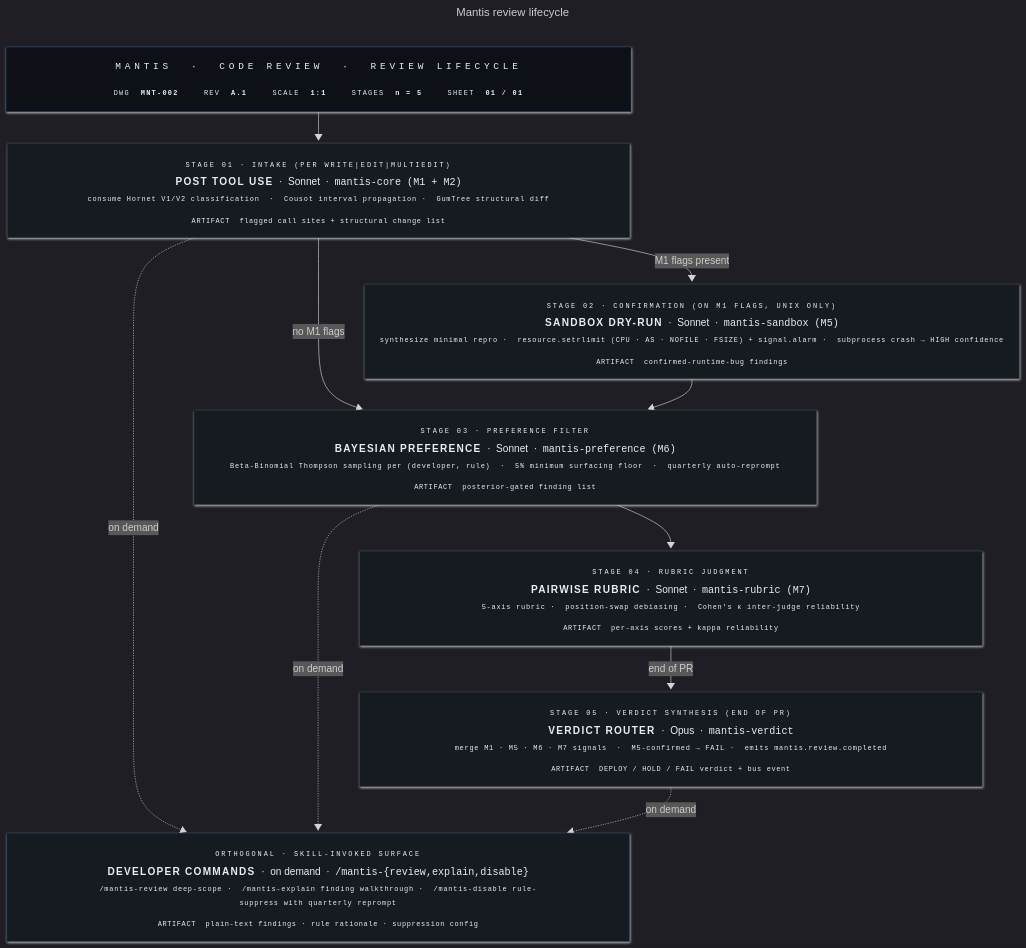
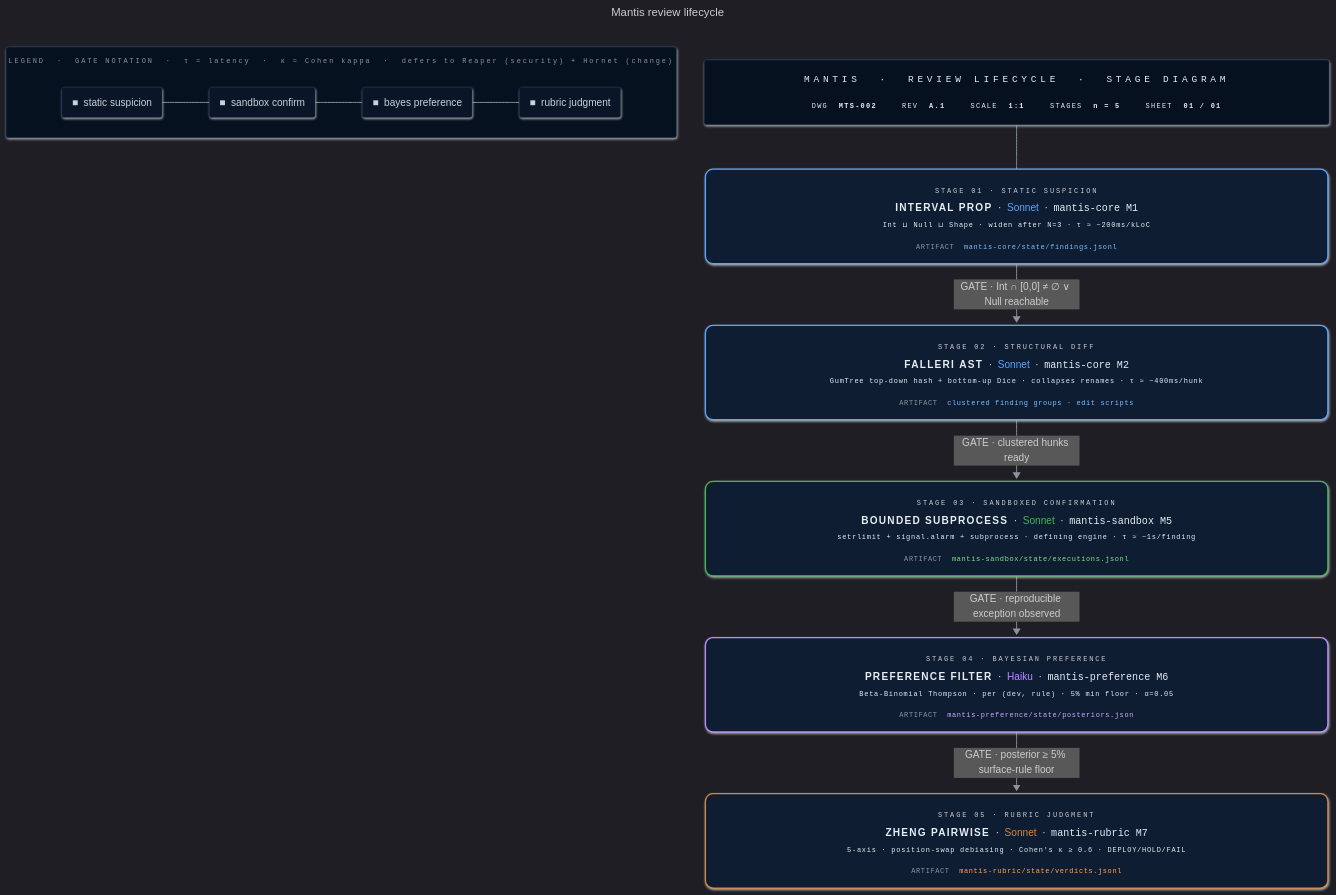
Before and after one commit to enchanted-plugins/lich: the diagram in docs/assets/lifecycle.mmd, drawn with Mermaid. The commit also changed 3 other files, not shown here.

```diff
--- a/docs/assets/lifecycle.mmd
+++ b/docs/assets/lifecycle.mmd
@@ -14,34 +14,41 @@
       bottom: 18
 ---
 flowchart TB
-    TitleBlock["<div style='font-family:ui-monospace,SFMono-Regular,Consolas,monospace;text-align:center;min-width:940px;padding:6px 10px;line-height:1.8'><div style='color:#58a6ff;font-size:15px;letter-spacing:6px;border-bottom:1px solid #1e3a5f;padding-bottom:10px;margin-bottom:10px'>MANTIS &nbsp;·&nbsp; CODE&nbsp;REVIEW &nbsp;·&nbsp; REVIEW&nbsp;LIFECYCLE</div><div style='display:flex;gap:40px;justify-content:center;font-size:11px;color:#8b949e;letter-spacing:2px'><span>DWG&nbsp;&nbsp;<b style='color:#e6edf3'>MNT-002</b></span><span>REV&nbsp;&nbsp;<b style='color:#e6edf3'>A.1</b></span><span>SCALE&nbsp;&nbsp;<b style='color:#e6edf3'>1:1</b></span><span>STAGES&nbsp;&nbsp;<b style='color:#e6edf3'>n&nbsp;=&nbsp;5</b></span><span>SHEET&nbsp;&nbsp;<b style='color:#e6edf3'>01&nbsp;/&nbsp;01</b></span></div></div>"]
+    TitleBlock["<div style='font-family:ui-monospace,SFMono-Regular,Consolas,monospace;text-align:center;min-width:940px;padding:6px 10px;line-height:1.8'><div style='color:#58a6ff;font-size:15px;letter-spacing:6px;border-bottom:1px solid #1e3a5f;padding-bottom:10px;margin-bottom:10px'>MANTIS &nbsp;·&nbsp; REVIEW&nbsp;LIFECYCLE &nbsp;·&nbsp; STAGE&nbsp;DIAGRAM</div><div style='display:flex;gap:40px;justify-content:center;font-size:11px;color:#8b949e;letter-spacing:2px'><span>DWG&nbsp;&nbsp;<b style='color:#e6edf3'>MTS-002</b></span><span>REV&nbsp;&nbsp;<b style='color:#e6edf3'>A.1</b></span><span>SCALE&nbsp;&nbsp;<b style='color:#e6edf3'>1:1</b></span><span>STAGES&nbsp;&nbsp;<b style='color:#e6edf3'>n&nbsp;=&nbsp;5</b></span><span>SHEET&nbsp;&nbsp;<b style='color:#e6edf3'>01&nbsp;/&nbsp;01</b></span></div></div>"]
 
-    A["<div style='text-align:center;min-width:940px;line-height:2;padding:4px 8px'><div><span style='font-family:ui-monospace,monospace;color:#8b949e;font-size:11px;letter-spacing:3px'>STAGE&nbsp;01&nbsp;·&nbsp;INTAKE&nbsp;(PER&nbsp;WRITE|EDIT|MULTIEDIT)</span></div><div style='line-height:1.8'><b style='letter-spacing:2px'>POST&nbsp;TOOL&nbsp;USE</b>&nbsp;&nbsp;·&nbsp;&nbsp;<span style='color:#58a6ff'>Sonnet</span>&nbsp;&nbsp;·&nbsp;&nbsp;<code style='color:#e6edf3'>mantis-core&nbsp;(M1&nbsp;+&nbsp;M2)</code></div><div style='color:#6e7681;font-size:11px;font-family:ui-monospace,monospace;letter-spacing:1.2px'>consume&nbsp;Hornet&nbsp;V1/V2&nbsp;classification&nbsp;&nbsp;·&nbsp;&nbsp;Cousot&nbsp;interval&nbsp;propagation&nbsp;·&nbsp;&nbsp;GumTree&nbsp;structural&nbsp;diff</div><div style='border-top:1px solid #1e3a5f;margin-top:6px;padding-top:6px;font-family:ui-monospace,monospace;font-size:11px;letter-spacing:1px'><span style='color:#8b949e'>ARTIFACT</span>&nbsp;&nbsp;<span style='color:#d2a8ff'>flagged&nbsp;call&nbsp;sites&nbsp;+&nbsp;structural&nbsp;change&nbsp;list</span></div></div>"]
+    A["<div style='text-align:center;min-width:940px;line-height:2;padding:4px 8px'><div><span style='font-family:ui-monospace,monospace;color:#8b949e;font-size:11px;letter-spacing:3px'>STAGE&nbsp;01&nbsp;·&nbsp;STATIC&nbsp;SUSPICION</span></div><div style='line-height:1.8'><b style='letter-spacing:2px'>INTERVAL&nbsp;PROP</b>&nbsp;&nbsp;·&nbsp;&nbsp;<span style='color:#58a6ff'>Sonnet</span>&nbsp;&nbsp;·&nbsp;&nbsp;<code style='color:#e6edf3'>mantis-core&nbsp;M1</code></div><div style='color:#6e7681;font-size:11px;font-family:ui-monospace,monospace;letter-spacing:1.2px'>Int&nbsp;⊔&nbsp;Null&nbsp;⊔&nbsp;Shape&nbsp;·&nbsp;widen&nbsp;after&nbsp;N=3&nbsp;·&nbsp;τ&nbsp;≈&nbsp;~200ms/kLoC</div><div style='border-top:1px solid #1e3a5f;margin-top:6px;padding-top:6px;font-family:ui-monospace,monospace;font-size:11px;letter-spacing:1px'><span style='color:#8b949e'>ARTIFACT</span>&nbsp;&nbsp;<span style='color:#79c0ff'>mantis-core/state/findings.jsonl</span></div></div>"]
 
-    B["<div style='text-align:center;min-width:940px;line-height:2;padding:4px 8px'><div><span style='font-family:ui-monospace,monospace;color:#8b949e;font-size:11px;letter-spacing:3px'>STAGE&nbsp;02&nbsp;·&nbsp;CONFIRMATION&nbsp;(ON&nbsp;M1&nbsp;FLAGS,&nbsp;UNIX&nbsp;ONLY)</span></div><div style='line-height:1.8'><b style='letter-spacing:2px'>SANDBOX&nbsp;DRY-RUN</b>&nbsp;&nbsp;·&nbsp;&nbsp;<span style='color:#d75952'>Sonnet</span>&nbsp;&nbsp;·&nbsp;&nbsp;<code style='color:#e6edf3'>mantis-sandbox&nbsp;(M5)</code></div><div style='color:#6e7681;font-size:11px;font-family:ui-monospace,monospace;letter-spacing:1.2px'>synthesize&nbsp;minimal&nbsp;repro&nbsp;·&nbsp;&nbsp;resource.setrlimit&nbsp;(CPU&nbsp;·&nbsp;AS&nbsp;·&nbsp;NOFILE&nbsp;·&nbsp;FSIZE)&nbsp;+&nbsp;signal.alarm&nbsp;·&nbsp;&nbsp;subprocess&nbsp;crash&nbsp;→&nbsp;HIGH&nbsp;confidence</div><div style='border-top:1px solid #1e3a5f;margin-top:6px;padding-top:6px;font-family:ui-monospace,monospace;font-size:11px;letter-spacing:1px'><span style='color:#8b949e'>ARTIFACT</span>&nbsp;&nbsp;<span style='color:#ff7b72'>confirmed-runtime-bug&nbsp;findings</span></div></div>"]
+    B["<div style='text-align:center;min-width:940px;line-height:2;padding:4px 8px'><div><span style='font-family:ui-monospace,monospace;color:#8b949e;font-size:11px;letter-spacing:3px'>STAGE&nbsp;02&nbsp;·&nbsp;STRUCTURAL&nbsp;DIFF</span></div><div style='line-height:1.8'><b style='letter-spacing:2px'>FALLERI&nbsp;AST</b>&nbsp;&nbsp;·&nbsp;&nbsp;<span style='color:#58a6ff'>Sonnet</span>&nbsp;&nbsp;·&nbsp;&nbsp;<code style='color:#e6edf3'>mantis-core&nbsp;M2</code></div><div style='color:#6e7681;font-size:11px;font-family:ui-monospace,monospace;letter-spacing:1.2px'>GumTree&nbsp;top-down&nbsp;hash&nbsp;+&nbsp;bottom-up&nbsp;Dice&nbsp;·&nbsp;collapses&nbsp;renames&nbsp;·&nbsp;τ&nbsp;≈&nbsp;~400ms/hunk</div><div style='border-top:1px solid #1e3a5f;margin-top:6px;padding-top:6px;font-family:ui-monospace,monospace;font-size:11px;letter-spacing:1px'><span style='color:#8b949e'>ARTIFACT</span>&nbsp;&nbsp;<span style='color:#79c0ff'>clustered&nbsp;finding&nbsp;groups&nbsp;·&nbsp;edit&nbsp;scripts</span></div></div>"]
 
-    C["<div style='text-align:center;min-width:940px;line-height:2;padding:4px 8px'><div><span style='font-family:ui-monospace,monospace;color:#8b949e;font-size:11px;letter-spacing:3px'>STAGE&nbsp;03&nbsp;·&nbsp;PREFERENCE&nbsp;FILTER</span></div><div style='line-height:1.8'><b style='letter-spacing:2px'>BAYESIAN&nbsp;PREFERENCE</b>&nbsp;&nbsp;·&nbsp;&nbsp;<span style='color:#bc8cff'>Sonnet</span>&nbsp;&nbsp;·&nbsp;&nbsp;<code style='color:#e6edf3'>mantis-preference&nbsp;(M6)</code></div><div style='color:#6e7681;font-size:11px;font-family:ui-monospace,monospace;letter-spacing:1.2px'>Beta-Binomial&nbsp;Thompson&nbsp;sampling&nbsp;per&nbsp;(developer,&nbsp;rule)&nbsp;&nbsp;·&nbsp;&nbsp;5%&nbsp;minimum&nbsp;surfacing&nbsp;floor&nbsp;&nbsp;·&nbsp;&nbsp;quarterly&nbsp;auto-reprompt</div><div style='border-top:1px solid #1e3a5f;margin-top:6px;padding-top:6px;font-family:ui-monospace,monospace;font-size:11px;letter-spacing:1px'><span style='color:#8b949e'>ARTIFACT</span>&nbsp;&nbsp;<span style='color:#79c0ff'>posterior-gated&nbsp;finding&nbsp;list</span></div></div>"]
+    C["<div style='text-align:center;min-width:940px;line-height:2;padding:4px 8px'><div><span style='font-family:ui-monospace,monospace;color:#8b949e;font-size:11px;letter-spacing:3px'>STAGE&nbsp;03&nbsp;·&nbsp;SANDBOXED&nbsp;CONFIRMATION</span></div><div style='line-height:1.8'><b style='letter-spacing:2px'>BOUNDED&nbsp;SUBPROCESS</b>&nbsp;&nbsp;·&nbsp;&nbsp;<span style='color:#3fb950'>Sonnet</span>&nbsp;&nbsp;·&nbsp;&nbsp;<code style='color:#e6edf3'>mantis-sandbox&nbsp;M5</code></div><div style='color:#6e7681;font-size:11px;font-family:ui-monospace,monospace;letter-spacing:1.2px'>setrlimit&nbsp;+&nbsp;signal.alarm&nbsp;+&nbsp;subprocess&nbsp;·&nbsp;defining&nbsp;engine&nbsp;·&nbsp;τ&nbsp;≈&nbsp;~1s/finding</div><div style='border-top:1px solid #1e3a5f;margin-top:6px;padding-top:6px;font-family:ui-monospace,monospace;font-size:11px;letter-spacing:1px'><span style='color:#8b949e'>ARTIFACT</span>&nbsp;&nbsp;<span style='color:#7ee787'>mantis-sandbox/state/executions.jsonl</span></div></div>"]
 
-    D["<div style='text-align:center;min-width:940px;line-height:2;padding:4px 8px'><div><span style='font-family:ui-monospace,monospace;color:#8b949e;font-size:11px;letter-spacing:3px'>STAGE&nbsp;04&nbsp;·&nbsp;RUBRIC&nbsp;JUDGMENT</span></div><div style='line-height:1.8'><b style='letter-spacing:2px'>PAIRWISE&nbsp;RUBRIC</b>&nbsp;&nbsp;·&nbsp;&nbsp;<span style='color:#3fb950'>Sonnet</span>&nbsp;&nbsp;·&nbsp;&nbsp;<code style='color:#e6edf3'>mantis-rubric&nbsp;(M7)</code></div><div style='color:#6e7681;font-size:11px;font-family:ui-monospace,monospace;letter-spacing:1.2px'>5-axis&nbsp;rubric&nbsp;·&nbsp;&nbsp;position-swap&nbsp;debiasing&nbsp;·&nbsp;&nbsp;Cohen's&nbsp;κ&nbsp;inter-judge&nbsp;reliability</div><div style='border-top:1px solid #1e3a5f;margin-top:6px;padding-top:6px;font-family:ui-monospace,monospace;font-size:11px;letter-spacing:1px'><span style='color:#8b949e'>ARTIFACT</span>&nbsp;&nbsp;<span style='color:#7ee787'>per-axis&nbsp;scores&nbsp;+&nbsp;kappa&nbsp;reliability</span></div></div>"]
+    D["<div style='text-align:center;min-width:940px;line-height:2;padding:4px 8px'><div><span style='font-family:ui-monospace,monospace;color:#8b949e;font-size:11px;letter-spacing:3px'>STAGE&nbsp;04&nbsp;·&nbsp;BAYESIAN&nbsp;PREFERENCE</span></div><div style='line-height:1.8'><b style='letter-spacing:2px'>PREFERENCE&nbsp;FILTER</b>&nbsp;&nbsp;·&nbsp;&nbsp;<span style='color:#bc8cff'>Haiku</span>&nbsp;&nbsp;·&nbsp;&nbsp;<code style='color:#e6edf3'>mantis-preference&nbsp;M6</code></div><div style='color:#6e7681;font-size:11px;font-family:ui-monospace,monospace;letter-spacing:1.2px'>Beta-Binomial&nbsp;Thompson&nbsp;·&nbsp;per&nbsp;(dev,&nbsp;rule)&nbsp;·&nbsp;5%&nbsp;min&nbsp;floor&nbsp;·&nbsp;α=0.05</div><div style='border-top:1px solid #1e3a5f;margin-top:6px;padding-top:6px;font-family:ui-monospace,monospace;font-size:11px;letter-spacing:1px'><span style='color:#8b949e'>ARTIFACT</span>&nbsp;&nbsp;<span style='color:#d2a8ff'>mantis-preference/state/posteriors.json</span></div></div>"]
 
-    E["<div style='text-align:center;min-width:940px;line-height:2;padding:4px 8px'><div><span style='font-family:ui-monospace,monospace;color:#8b949e;font-size:11px;letter-spacing:3px'>STAGE&nbsp;05&nbsp;·&nbsp;VERDICT&nbsp;SYNTHESIS&nbsp;(END&nbsp;OF&nbsp;PR)</span></div><div style='line-height:1.8'><b style='letter-spacing:2px'>VERDICT&nbsp;ROUTER</b>&nbsp;&nbsp;·&nbsp;&nbsp;<span style='color:#d29922'>Opus</span>&nbsp;&nbsp;·&nbsp;&nbsp;<code style='color:#e6edf3'>mantis-verdict</code></div><div style='color:#6e7681;font-size:11px;font-family:ui-monospace,monospace;letter-spacing:1.2px'>merge&nbsp;M1&nbsp;·&nbsp;M5&nbsp;·&nbsp;M6&nbsp;·&nbsp;M7&nbsp;signals&nbsp;&nbsp;·&nbsp;&nbsp;M5-confirmed&nbsp;→&nbsp;FAIL&nbsp;·&nbsp;&nbsp;emits&nbsp;mantis.review.completed</div><div style='border-top:1px solid #1e3a5f;margin-top:6px;padding-top:6px;font-family:ui-monospace,monospace;font-size:11px;letter-spacing:1px'><span style='color:#8b949e'>ARTIFACT</span>&nbsp;&nbsp;<span style='color:#ffa657'>DEPLOY&nbsp;/&nbsp;HOLD&nbsp;/&nbsp;FAIL&nbsp;verdict&nbsp;+&nbsp;bus&nbsp;event</span></div></div>"]
+    E["<div style='text-align:center;min-width:940px;line-height:2;padding:4px 8px'><div><span style='font-family:ui-monospace,monospace;color:#8b949e;font-size:11px;letter-spacing:3px'>STAGE&nbsp;05&nbsp;·&nbsp;RUBRIC&nbsp;JUDGMENT</span></div><div style='line-height:1.8'><b style='letter-spacing:2px'>ZHENG&nbsp;PAIRWISE</b>&nbsp;&nbsp;·&nbsp;&nbsp;<span style='color:#d8853b'>Sonnet</span>&nbsp;&nbsp;·&nbsp;&nbsp;<code style='color:#e6edf3'>mantis-rubric&nbsp;M7</code></div><div style='color:#6e7681;font-size:11px;font-family:ui-monospace,monospace;letter-spacing:1.2px'>5-axis&nbsp;·&nbsp;position-swap&nbsp;debiasing&nbsp;·&nbsp;Cohen's&nbsp;κ&nbsp;≥&nbsp;0.6&nbsp;·&nbsp;DEPLOY/HOLD/FAIL</div><div style='border-top:1px solid #1e3a5f;margin-top:6px;padding-top:6px;font-family:ui-monospace,monospace;font-size:11px;letter-spacing:1px'><span style='color:#8b949e'>ARTIFACT</span>&nbsp;&nbsp;<span style='color:#ffa657'>mantis-rubric/state/verdicts.jsonl</span></div></div>"]
 
-    Query["<div style='text-align:center;min-width:940px;line-height:2;padding:4px 8px'><div><span style='font-family:ui-monospace,monospace;color:#8b949e;font-size:11px;letter-spacing:3px'>ORTHOGONAL&nbsp;·&nbsp;SKILL-INVOKED&nbsp;SURFACE</span></div><div style='line-height:1.8'><b style='letter-spacing:2px'>DEVELOPER&nbsp;COMMANDS</b>&nbsp;&nbsp;·&nbsp;&nbsp;<span style='color:#d75952'>on&nbsp;demand</span>&nbsp;&nbsp;·&nbsp;&nbsp;<code style='color:#e6edf3'>/mantis-{review,explain,disable}</code></div><div style='color:#6e7681;font-size:11px;font-family:ui-monospace,monospace;letter-spacing:1.2px'>/mantis-review&nbsp;deep-scope&nbsp;·&nbsp;&nbsp;/mantis-explain&nbsp;finding&nbsp;walkthrough&nbsp;·&nbsp;&nbsp;/mantis-disable&nbsp;rule-suppress&nbsp;with&nbsp;quarterly&nbsp;reprompt</div><div style='border-top:1px solid #1e3a5f;margin-top:6px;padding-top:6px;font-family:ui-monospace,monospace;font-size:11px;letter-spacing:1px'><span style='color:#8b949e'>ARTIFACT</span>&nbsp;&nbsp;<span style='color:#ff7b72'>plain-text&nbsp;findings&nbsp;·&nbsp;rule&nbsp;rationale&nbsp;·&nbsp;suppression&nbsp;config</span></div></div>"]
+    subgraph Legend["<div style='font-family:ui-monospace,monospace;color:#8b949e;font-size:11px;letter-spacing:3px;min-width:940px;text-align:center'>LEGEND&nbsp;&nbsp;·&nbsp;&nbsp;GATE&nbsp;NOTATION&nbsp;&nbsp;·&nbsp;&nbsp;τ&nbsp;=&nbsp;latency&nbsp;&nbsp;·&nbsp;&nbsp;κ&nbsp;=&nbsp;Cohen&nbsp;kappa&nbsp;&nbsp;·&nbsp;&nbsp;defers&nbsp;to&nbsp;Reaper&nbsp;(security)&nbsp;+&nbsp;Hornet&nbsp;(change)</div>"]
+        direction LR
+        lg1["<span style='color:#58a6ff'>■</span>&nbsp;&nbsp;static&nbsp;suspicion"] --- lg2["<span style='color:#3fb950'>■</span>&nbsp;&nbsp;sandbox&nbsp;confirm"] --- lg3["<span style='color:#bc8cff'>■</span>&nbsp;&nbsp;bayes&nbsp;preference"] --- lg4["<span style='color:#d8853b'>■</span>&nbsp;&nbsp;rubric&nbsp;judgment"]
+    end
 
-    TitleBlock --> A
-    A -->|"M1 flags present"| B
-    A -->|"no M1 flags"| C
-    B --> C
-    C --> D
-    D -->|"end of PR"| E
-    A -.->|"on demand"| Query
-    C -.->|"on demand"| Query
-    E -.->|"on demand"| Query
+    TitleBlock ~~~ A
+    A ==>|"GATE · Int ∩ [0,0] ≠ ∅ ∨ Null reachable"| B
+    B ==>|"GATE · clustered hunks ready"| C
+    C ==>|"GATE · reproducible exception observed"| D
+    D ==>|"GATE · posterior ≥ 5% surface-rule floor"| E
 
-    classDef titleBlock fill:#0d1117,stroke:#1e3a5f,stroke-width:1px,color:#e6edf3
-    classDef stage fill:#161b22,stroke:#30363d,stroke-width:1px,color:#e6edf3
-    classDef query fill:#161b22,stroke:#1e3a5f,stroke-width:1px,color:#e6edf3
+    classDef titleBlock fill:#06111f,stroke:#1e3a5f,stroke-width:1px,color:#e6edf3,rx:4,ry:4
+    classDef legend fill:#06111f,stroke:#1e3a5f,stroke-width:1px,color:#8b949e,rx:4,ry:4
+    classDef legendItem fill:#0a1628,stroke:#1e3a5f,stroke-width:0.5px,color:#c9d1d9,rx:4,ry:4
 
     class TitleBlock titleBlock
-    class A,B,C,D,E stage
-    class Query query
+    class Legend legend
+    class lg1,lg2,lg3,lg4 legendItem
+
+    style A fill:#0f1d33,stroke:#58a6ff,stroke-width:2px,color:#e6edf3,rx:12,ry:12
+    style B fill:#0f1d33,stroke:#58a6ff,stroke-width:2px,color:#e6edf3,rx:12,ry:12
+    style C fill:#0f1d33,stroke:#3fb950,stroke-width:2px,color:#e6edf3,rx:12,ry:12
+    style D fill:#0f1d33,stroke:#bc8cff,stroke-width:2px,color:#e6edf3,rx:12,ry:12
+    style E fill:#0f1d33,stroke:#d8853b,stroke-width:2px,color:#e6edf3,rx:12,ry:12
+
+    linkStyle default stroke:#8b949e,stroke-width:1.5px
```
